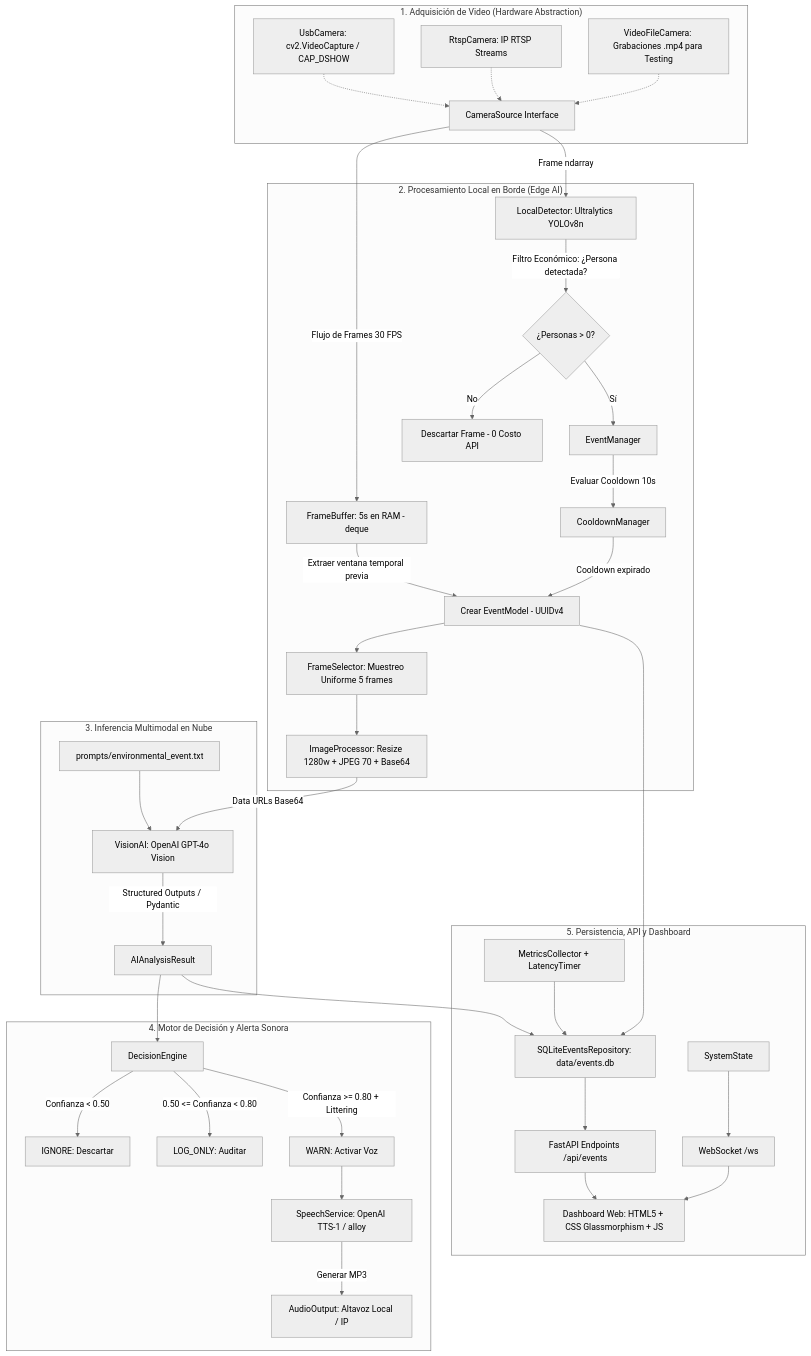
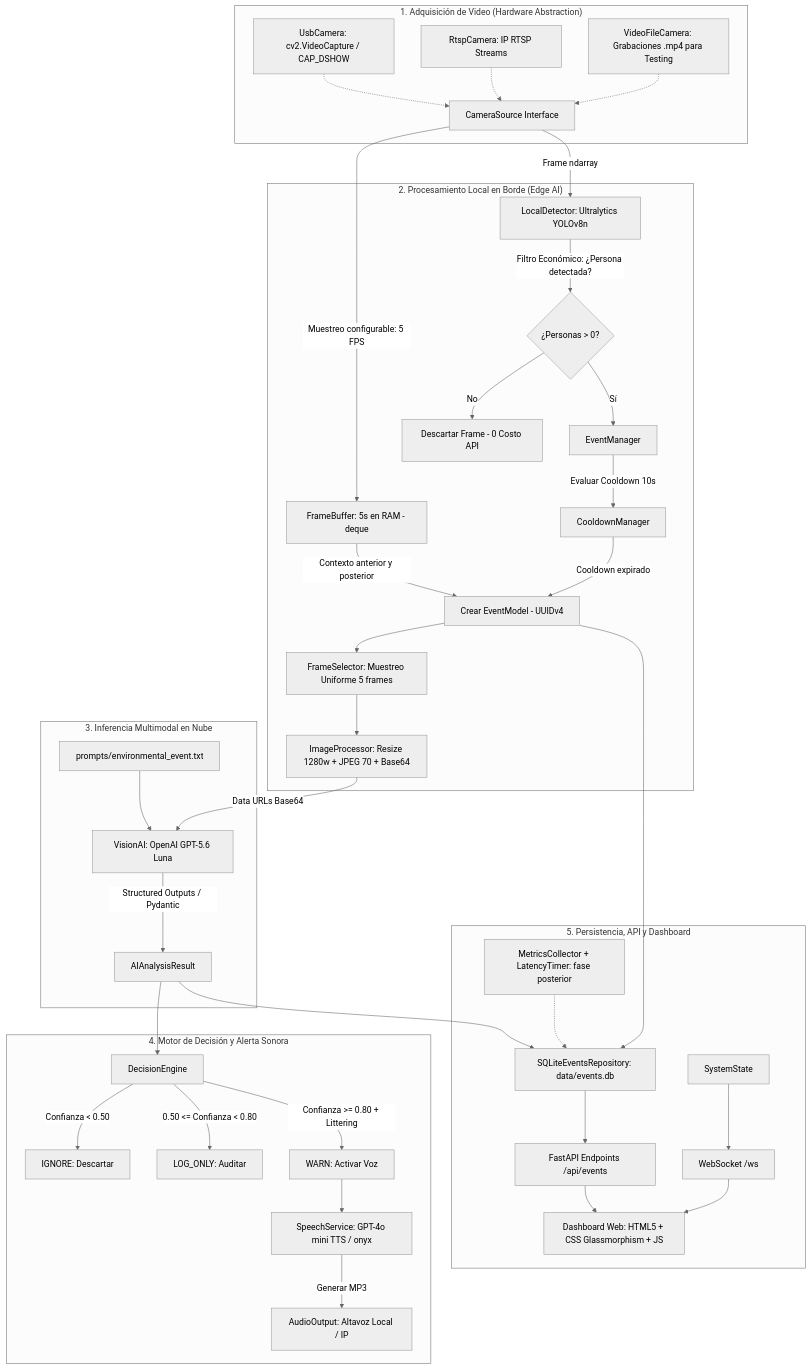
Before and after one commit to dppablito4-oss/proyecto-cyt-huallaga-unheval-2026-ii: the diagram in docs/ARQUITECTURA_DETALLADA.md, drawn with Mermaid (neutral theme). The commit also changed other lines of this file and 10 other files, not shown here.

````diff
--- a/docs/ARQUITECTURA_DETALLADA.md
+++ b/docs/ARQUITECTURA_DETALLADA.md
@@ -68,50 +76,50 @@
 ```mermaid
 flowchart TD
     subgraph Capa_Adquisicion ["1. Adquisición de Video (Hardware Abstraction)"]
         CAM[CameraSource Interface]
         USB[UsbCamera: cv2.VideoCapture / CAP_DSHOW]
         RTSP[RtspCamera: IP RTSP Streams]
         VID[VideoFileCamera: Grabaciones .mp4 para Testing]
         USB -.-> CAM
         RTSP -.-> CAM
         VID -.-> CAM
     end
 
     subgraph Capa_Borde ["2. Procesamiento Local en Borde (Edge AI)"]
-        CAM -->|Flujo de Frames 30 FPS| FB[FrameBuffer: 5s en RAM - deque]
+        CAM -->|Muestreo configurable: 5 FPS| FB[FrameBuffer: 5s en RAM - deque]
         CAM -->|Frame ndarray| YOLO[LocalDetector: Ultralytics YOLOv8n]
         YOLO -->|Filtro Económico: ¿Persona detectada?| DET{¿Personas > 0?}
         DET -- No --> DISCARD[Descartar Frame - 0 Costo API]
         DET -- Sí --> EM[EventManager]
         EM -->|Evaluar Cooldown 10s| CD[CooldownManager]
         CD -->|Cooldown expirado| EVENT[Crear EventModel - UUIDv4]
-        FB -->|Extraer ventana temporal previa| EVENT
+        FB -->|Contexto anterior y posterior| EVENT
         EVENT --> FS[FrameSelector: Muestreo Uniforme 5 frames]
         FS --> IP[ImageProcessor: Resize 1280w + JPEG 70 + Base64]
     end
 
     subgraph Capa_Inferencia ["3. Inferencia Multimodal en Nube"]
-        IP -->|Data URLs Base64| VAI[VisionAI: OpenAI GPT-4o Vision]
+        IP -->|Data URLs Base64| VAI[VisionAI: OpenAI GPT-5.6 Luna]
         PROMPT[prompts/environmental_event.txt] --> VAI
         VAI -->|Structured Outputs / Pydantic| RES[AIAnalysisResult]
     end
 
     subgraph Capa_Decision_Alerta ["4. Motor de Decisión y Alerta Sonora"]
         RES --> DE[DecisionEngine]
         DE -->|Confianza < 0.50| IGNORE[IGNORE: Descartar]
         DE -->|0.50 <= Confianza < 0.80| LOG[LOG_ONLY: Auditar]
         DE -->|Confianza >= 0.80 + Littering| WARN[WARN: Activar Voz]
-        WARN --> TTS[SpeechService: OpenAI TTS-1 / alloy]
+        WARN --> TTS[SpeechService: GPT-4o mini TTS / onyx]
         TTS -->|Generar MP3| SPK[AudioOutput: Altavoz Local / IP]
     end
 
     subgraph Capa_Persistencia_UI ["5. Persistencia, API y Dashboard"]
         EVENT --> REPO[SQLiteEventsRepository: data/events.db]
         RES --> REPO
-        METRICS[MetricsCollector + LatencyTimer] --> REPO
+        METRICS[MetricsCollector + LatencyTimer: fase posterior] -.-> REPO
         REPO --> API[FastAPI Endpoints /api/events]
         STATE[SystemState] --> WS[WebSocket /ws]
         WS --> UI[Dashboard Web: HTML5 + CSS Glassmorphism + JS]
         API --> UI
     end
 ```
````
